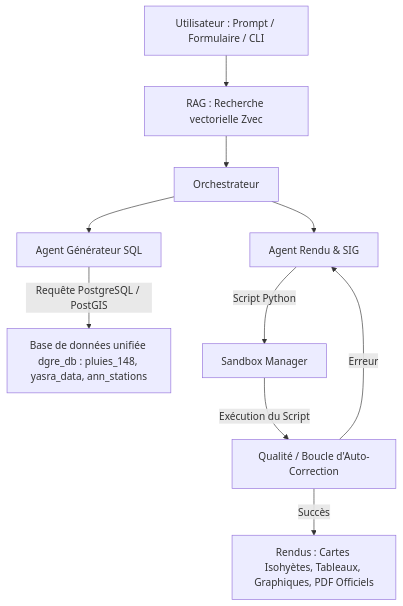
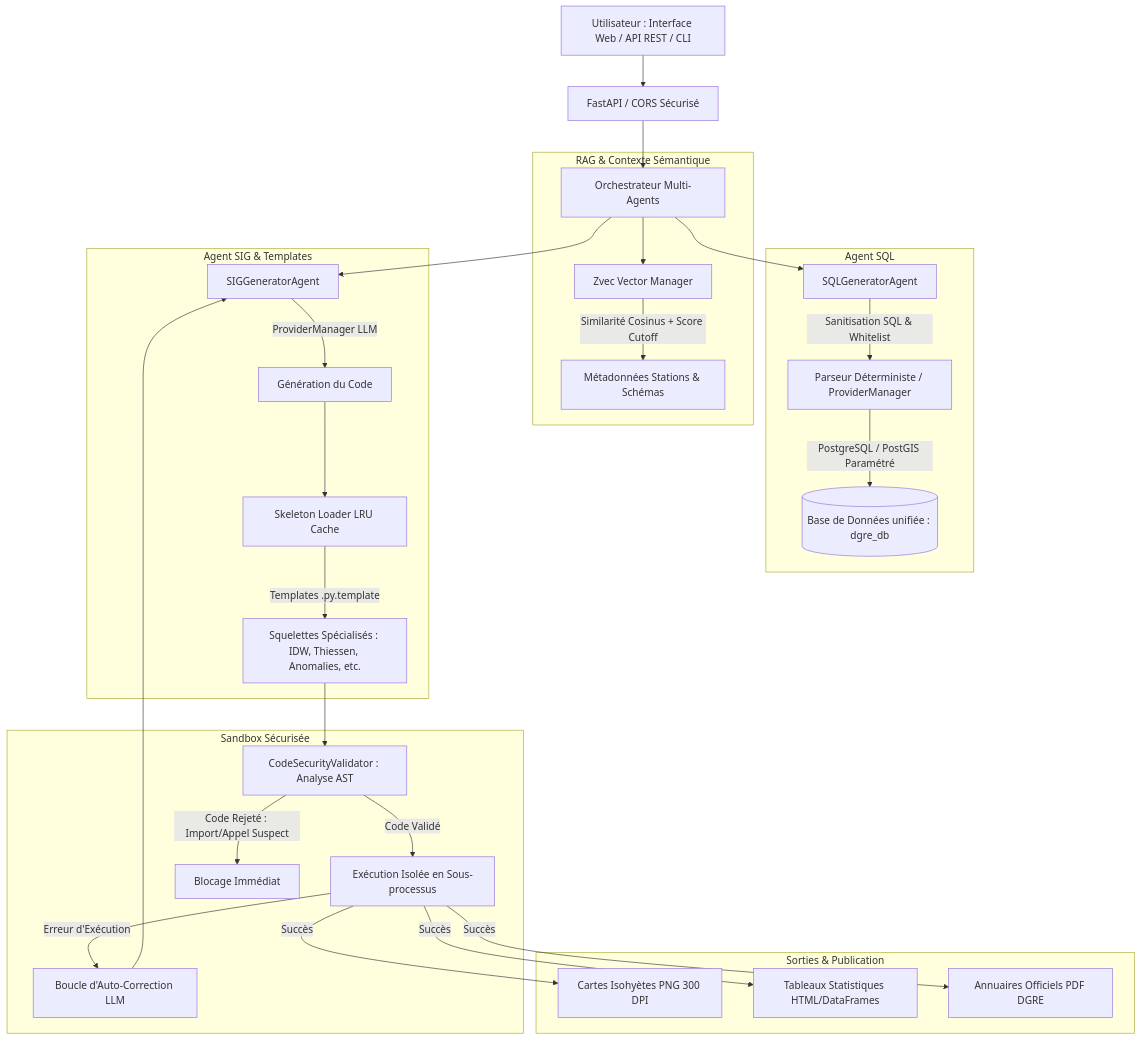
One commit to dhieeddine/carta_gen changed the diagram in README.md. Above: the diagram before and after it, drawn with Mermaid. The commit also changed other lines of this file and 73 other files, not shown here.

Commit message:
architecture and security problems resolution

````diff
--- a/README.md
+++ b/README.md
@@ -11,12 +13,37 @@
 ```mermaid
 graph TD
-    A[Utilisateur : Prompt / Formulaire / CLI] --> B[RAG : Recherche vectorielle Zvec]
-    B --> C[Orchestrateur]
-    C --> D[Agent Générateur SQL]
-    D -->|Requête PostgreSQL / PostGIS| E[Base de données unifiée dgre_db : pluies_148, yasra_data, ann_stations]
-    C --> F[Agent Rendu & SIG]
-    F -->|Script Python| G[Sandbox Manager]
-    G -->|Exécution du Script| H[Qualité / Boucle d'Auto-Correction]
-    H -->|Succès| I[Rendus : Cartes Isohyètes, Tableaux, Graphiques, PDF Officiels]
-    H -->|Erreur| F
+    A[Utilisateur : Interface Web / API REST / CLI] --> B[FastAPI / CORS Sécurisé]
+    B --> C[Orchestrateur Multi-Agents]
+    
+    subgraph RAG & Contexte Sémantique
+        C --> D[Zvec Vector Manager]
+        D -->|Similarité Cosinus + Score Cutoff| E[Métadonnées Stations & Schémas]
+    end
+
+    subgraph Agent SQL
+        C --> F[SQLGeneratorAgent]
+        F -->|Sanitisation SQL & Whitelist| G[Parseur Déterministe / ProviderManager]
+        G -->|PostgreSQL / PostGIS Paramétré| H[(Base de Données unifiée : dgre_db)]
+    end
+
+    subgraph Agent SIG & Templates
+        C --> I[SIGGeneratorAgent]
+        I -->|ProviderManager LLM| J[Génération du Code]
+        J --> K[Skeleton Loader LRU Cache]
+        K -->|Templates .py.template| L[Squelettes Spécialisés : IDW, Thiessen, Anomalies, etc.]
+    end
+
+    subgraph Sandbox Sécurisée
+        L --> M[CodeSecurityValidator : Analyse AST]
+        M -->|Code Validé| N[Exécution Isolée en Sous-processus]
+        M -->|Code Rejeté : Import/Appel Suspect| O[Blocage Immédiat]
+        N -->|Erreur d'Exécution| P[Boucle d'Auto-Correction LLM]
+        P --> I
+    end
+
+    subgraph Sorties & Publication
+        N -->|Succès| Q[Cartes Isohyètes PNG 300 DPI]
+        N -->|Succès| R[Tableaux Statistiques HTML/DataFrames]
+        N -->|Succès| S[Annuaires Officiels PDF DGRE]
+    end
 ```
````
